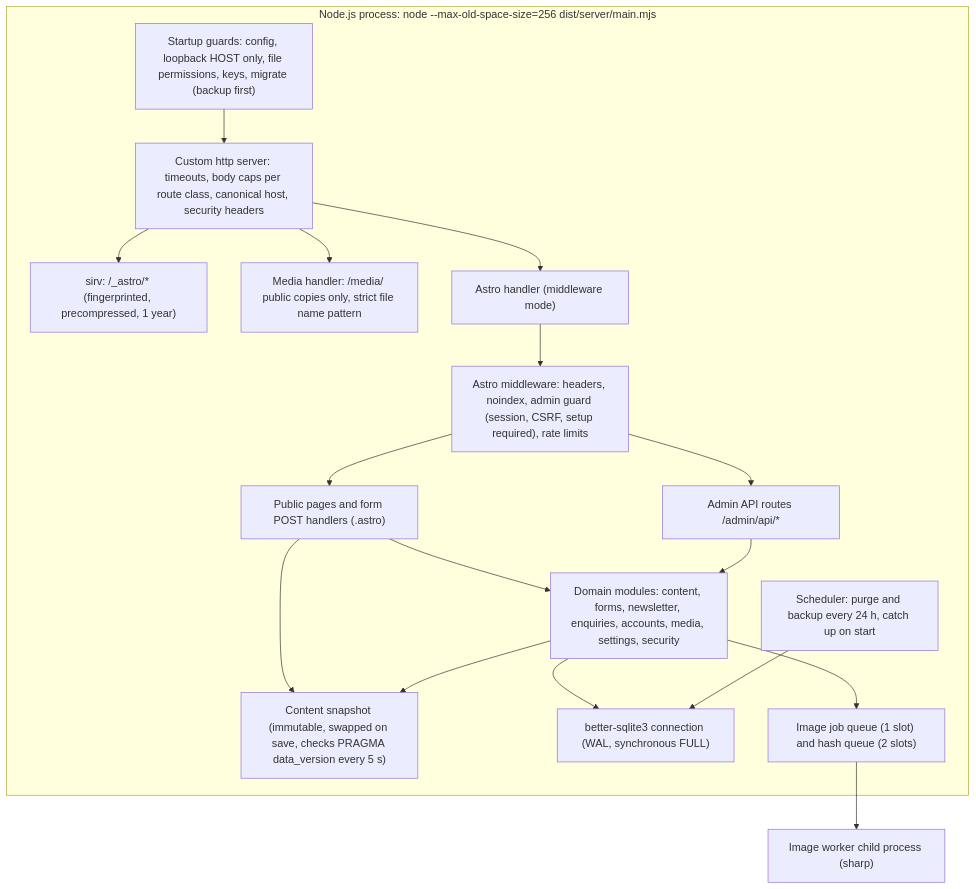
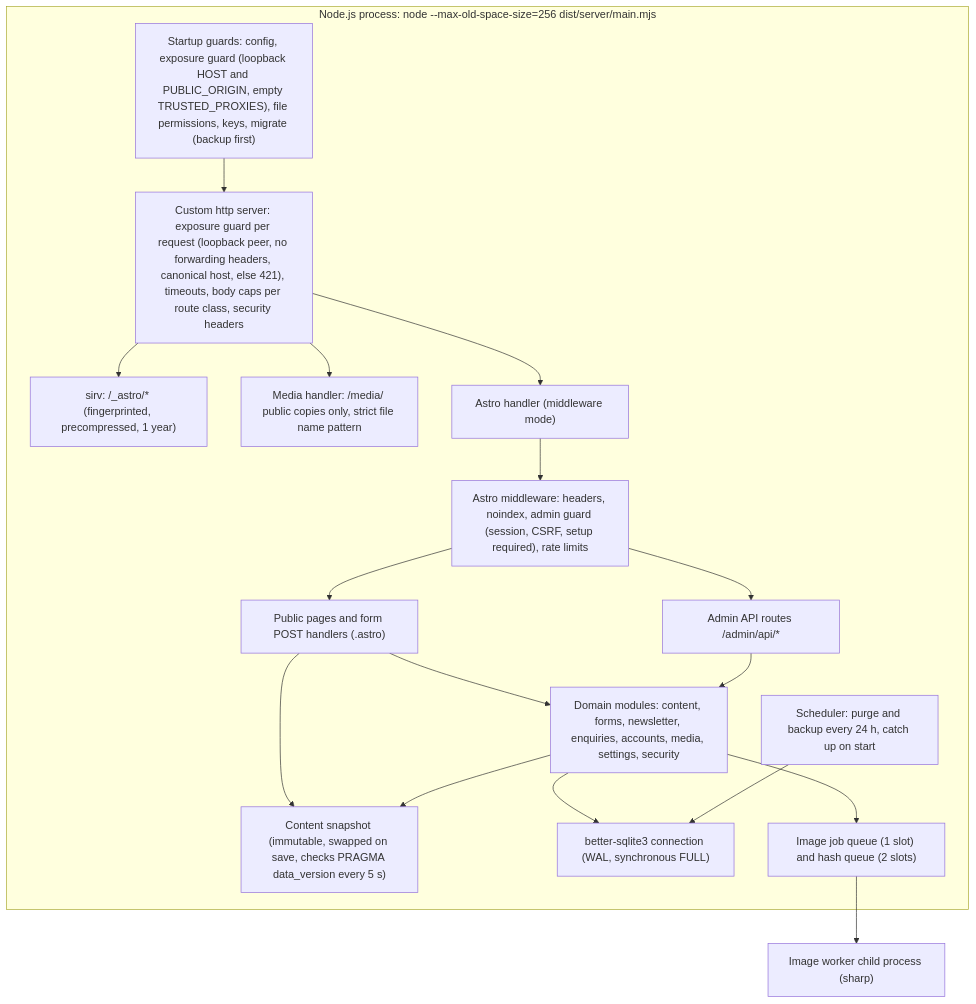
The second of 2 diagrams in docs/architecture.md (smsalama/jazz_casa_del_mar_hub), drawn with Mermaid before and after one commit. The commit also changed other lines of this file and 4 other files, not shown here.

First line of the commit message:
Fix SEC-H1: exposure guard against local proxies and tunnels

````diff
--- a/docs/architecture.md
+++ b/docs/architecture.md
@@ -103,32 +103,32 @@
 ```mermaid
 flowchart TB
   subgraph Process["Node.js process: node --max-old-space-size=256 dist/server/main.mjs"]
-    GUARD["Startup guards: config, loopback HOST only, file permissions, keys, migrate (backup first)"]
-    HTTP["Custom http server: timeouts, body caps per route class, canonical host, security headers"]
+    GUARD["Startup guards: config, exposure guard (loopback HOST and PUBLIC_ORIGIN, empty TRUSTED_PROXIES), file permissions, keys, migrate (backup first)"]
+    HTTP["Custom http server: exposure guard per request (loopback peer, no forwarding headers, canonical host, else 421), timeouts, body caps per route class, security headers"]
     STATIC["sirv: /_astro/* (fingerprinted, precompressed, 1 year)"]
     MEDIA["Media handler: /media/ public copies only, strict file name pattern"]
     ASTRO["Astro handler (middleware mode)"]
     MW["Astro middleware: headers, noindex, admin guard (session, CSRF, setup required), rate limits"]
     PAGES["Public pages and form POST handlers (.astro)"]
     API["Admin API routes /admin/api/*"]
     SNAP["Content snapshot (immutable, swapped on save, checks PRAGMA data_version every 5 s)"]
     DOM["Domain modules: content, forms, newsletter, enquiries, accounts, media, settings, security"]
     DB["better-sqlite3 connection (WAL, synchronous FULL)"]
     Q["Image job queue (1 slot) and hash queue (2 slots)"]
     SCHED["Scheduler: purge and backup every 24 h, catch up on start"]
   end
   CHILD["Image worker child process (sharp)"]
   GUARD --> HTTP
   HTTP --> STATIC
   HTTP --> MEDIA
   HTTP --> ASTRO --> MW
   MW --> PAGES
   MW --> API
   PAGES --> SNAP
   PAGES --> DOM
   API --> DOM
   DOM --> DB
   DOM --> SNAP
   DOM --> Q --> CHILD
   SCHED --> DB
 ```
````
